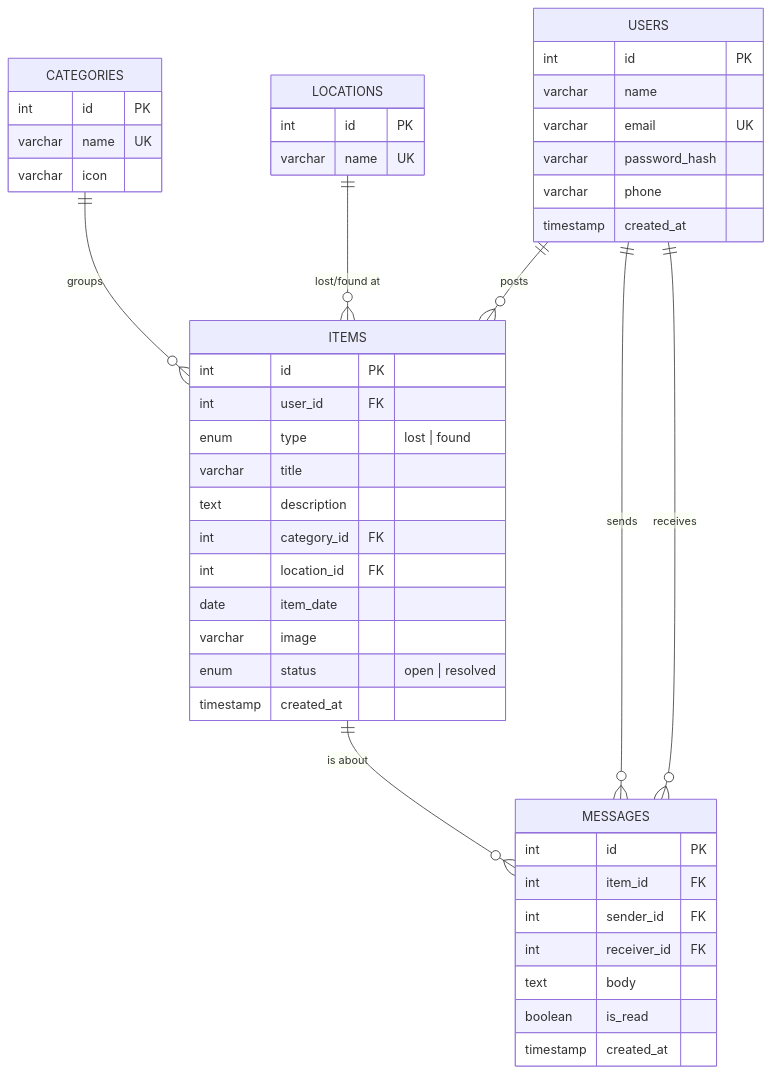
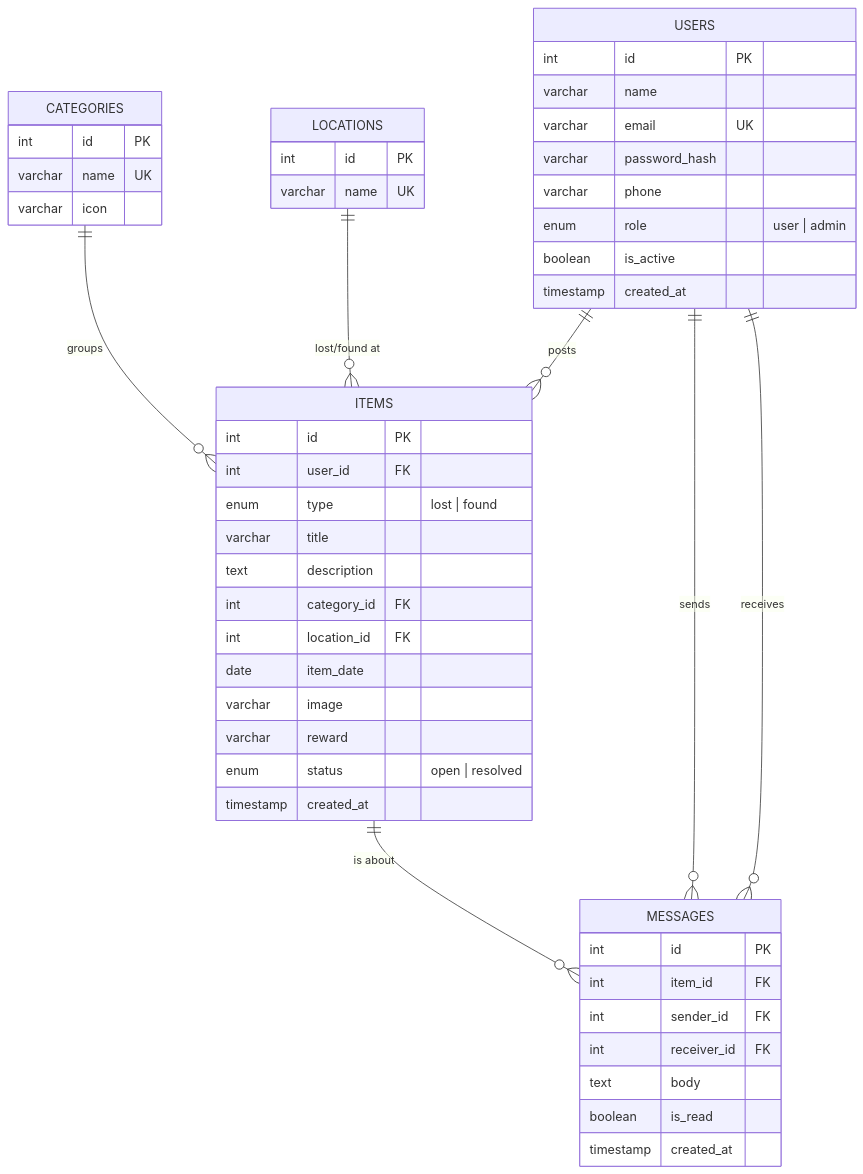
One commit to cloak720/lost-it changed the second of 2 diagrams in README.md. Above: the diagram before and after it, drawn with Mermaid. The commit also changed other lines of this file and 32 other files, not shown here.

Commit message:
Add user/admin roles and redesign UI as a lost & found office (3D Found Room boxes, Wanted Board posters)

````diff
--- a/README.md
+++ b/README.md
@@ -49,49 +80,52 @@
 ```mermaid
 erDiagram
     USERS ||--o{ ITEMS : posts
     CATEGORIES ||--o{ ITEMS : groups
     LOCATIONS ||--o{ ITEMS : "lost/found at"
     ITEMS ||--o{ MESSAGES : "is about"
     USERS ||--o{ MESSAGES : sends
     USERS ||--o{ MESSAGES : receives
 
     USERS {
         int id PK
         varchar name
         varchar email UK
         varchar password_hash
         varchar phone
+        enum role "user | admin"
+        boolean is_active
         timestamp created_at
     }
     CATEGORIES {
         int id PK
         varchar name UK
         varchar icon
     }
     LOCATIONS {
         int id PK
         varchar name UK
     }
     ITEMS {
         int id PK
         int user_id FK
         enum type "lost | found"
         varchar title
         text description
         int category_id FK
         int location_id FK
         date item_date
         varchar image
+        varchar reward
         enum status "open | resolved"
         timestamp created_at
     }
     MESSAGES {
         int id PK
         int item_id FK
         int sender_id FK
         int receiver_id FK
         text body
         boolean is_read
         timestamp created_at
     }
 ```
````
